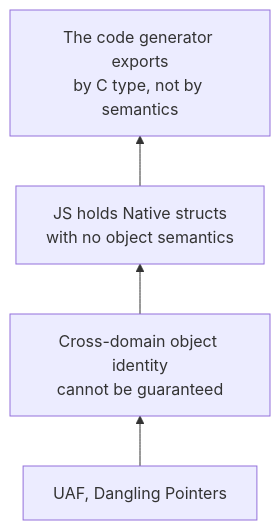
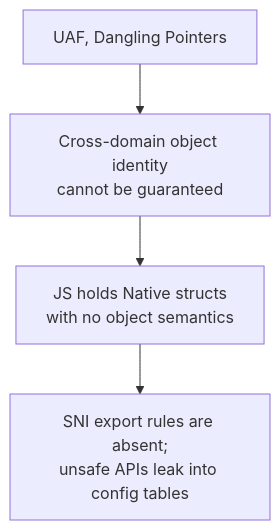
The diagram in i18n/en/docusaurus-plugin-content-blog/2026-07-04-sni-architecture-evolution.mdx (ElenixOS/ElenixOS-Docs), drawn with Mermaid before and after one commit. The commit also changed other lines of this file and 1 other file, not shown here.

Commit message:
blog: correct SNI post narrative on generator and export boundary

````diff
--- a/i18n/en/docusaurus-plugin-content-blog/2026-07-04-sni-architecture-evolution.mdx
+++ b/i18n/en/docusaurus-plugin-content-blog/2026-07-04-sni-architecture-evolution.mdx
@@ -67,10 +78,10 @@
 ```mermaid
-flowchart BT
+flowchart TB
     UAF["UAF, Dangling Pointers"]
     Identity["Cross-domain object identity<br/>cannot be guaranteed"]
     NoSemantic["JS holds Native structs<br/>with no object semantics"]
-    SyntaxGen["The code generator exports<br/>by C type, not by semantics"]
+    ConfigLeak["SNI export rules are absent;<br/>unsafe APIs leak into config tables"]
     UAF --> Identity
     Identity --> NoSemantic
-    NoSemantic --> SyntaxGen
+    NoSemantic --> ConfigLeak
 ```
````
